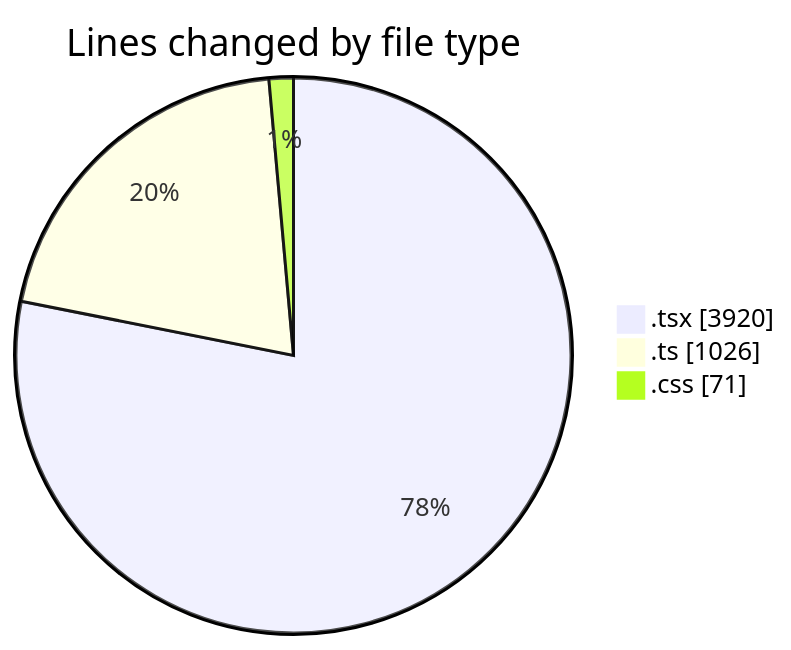
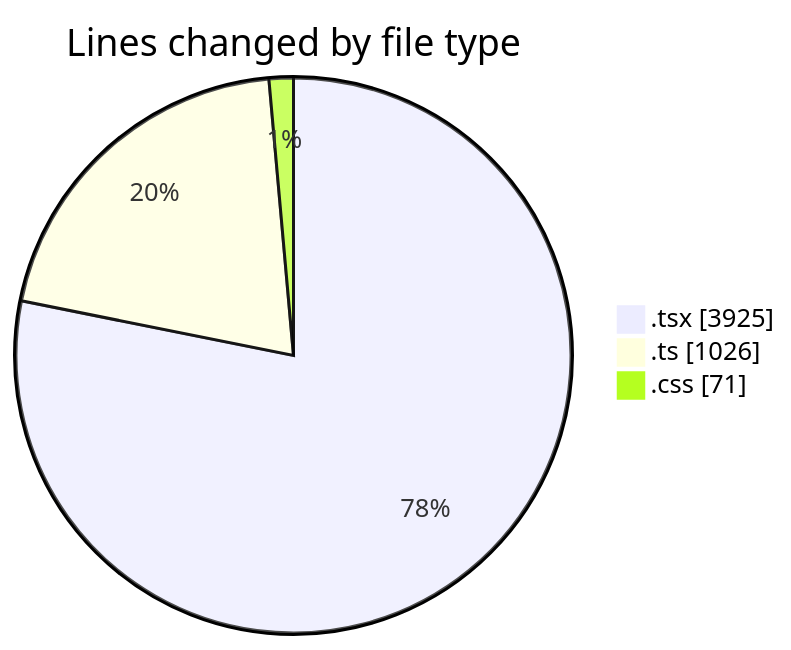
The first of 2 diagrams in 2025-01-27/mbc-web/README.md (robertbonfada/code-tracking), drawn with Mermaid before and after one commit. The commit also changed other lines of this file and 1 other file, not shown here.

````diff
--- a/2025-01-27/mbc-web/README.md
+++ b/2025-01-27/mbc-web/README.md
@@ -35,7 +35,7 @@
 ```mermaid
 pie showData
 title Lines changed by file type
-".tsx" : 3920
+".tsx" : 3925
 ".ts" : 1026
 ".css" : 71
 ```
````
